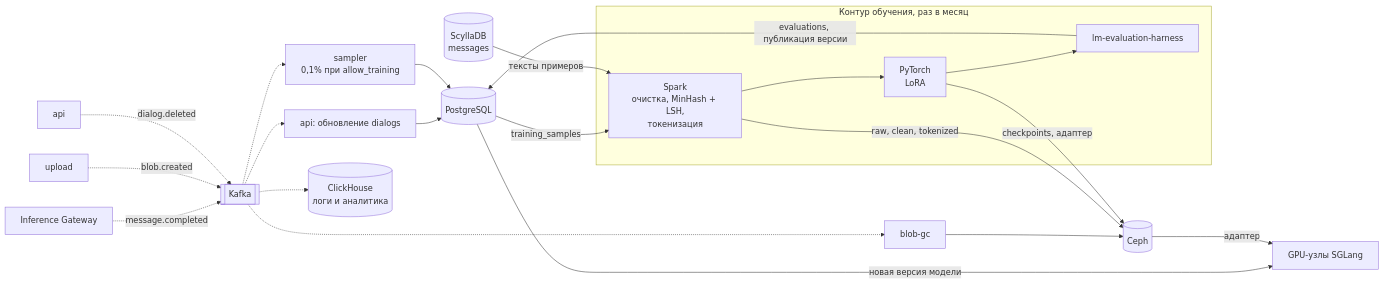
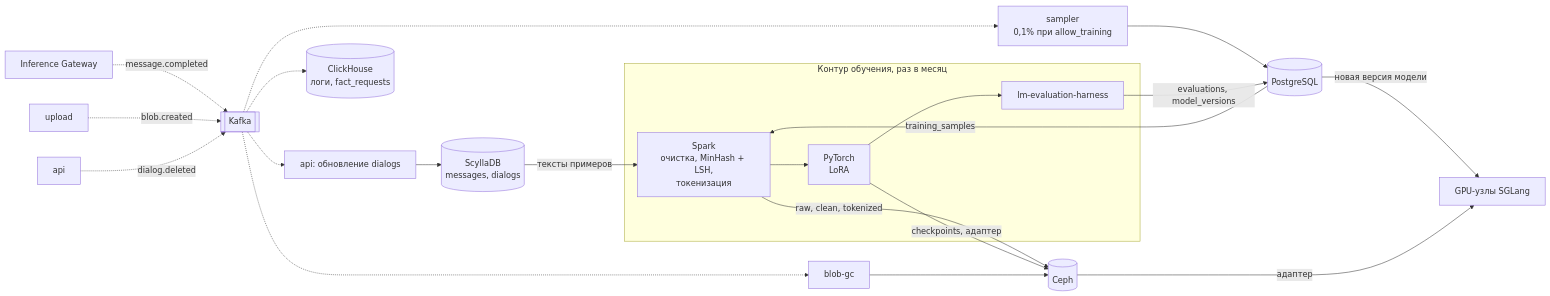
The fifth of 5 diagrams in README.md (Nisakoo/Highload-TP), drawn with Mermaid before and after one commit. The commit also changed other lines of this file, not shown here.

````diff
--- a/README.md
+++ b/README.md
@@ -791,23 +1020,23 @@
 ```mermaid
 flowchart LR
     GW[Inference Gateway] -.->|message.completed| K[[Kafka]]
     UP[upload] -.->|blob.created| K
     API[api] -.->|dialog.deleted| K
 
-    K -.-> DU[api: обновление dialogs] --> PG[(PostgreSQL)]
-    K -.-> SMP[sampler<br/>0,1% при allow_training] --> PG
+    K -.-> DU[api: обновление dialogs] --> SC[(ScyllaDB<br/>messages, dialogs)]
+    K -.-> SMP[sampler<br/>0,1% при allow_training] --> PG[(PostgreSQL)]
     K -.-> GC[blob-gc] --> CEPH[(Ceph)]
-    K -.-> CH[(ClickHouse<br/>логи и аналитика)]
+    K -.-> CH[(ClickHouse<br/>логи, fact_requests)]
 
     subgraph TR[Контур обучения, раз в месяц]
         SP[Spark<br/>очистка, MinHash + LSH,<br/>токенизация] --> PT[PyTorch<br/>LoRA] --> EV[lm-evaluation-harness]
     end
 
     PG -->|training_samples| SP
-    SC[(ScyllaDB<br/>messages)] -->|тексты примеров| SP
+    SC -->|тексты примеров| SP
     SP -->|raw, clean, tokenized| CEPH
     PT -->|checkpoints, адаптер| CEPH
-    EV -->|evaluations, публикация версии| PG
+    EV -->|evaluations, model_versions| PG
     PG -->|новая версия модели| SG[GPU-узлы SGLang]
     CEPH -->|адаптер| SG
 ```
````
